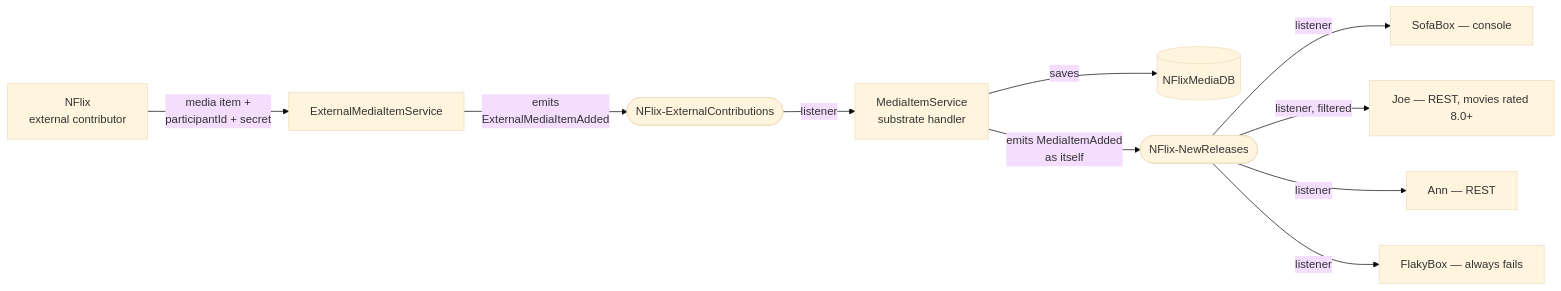
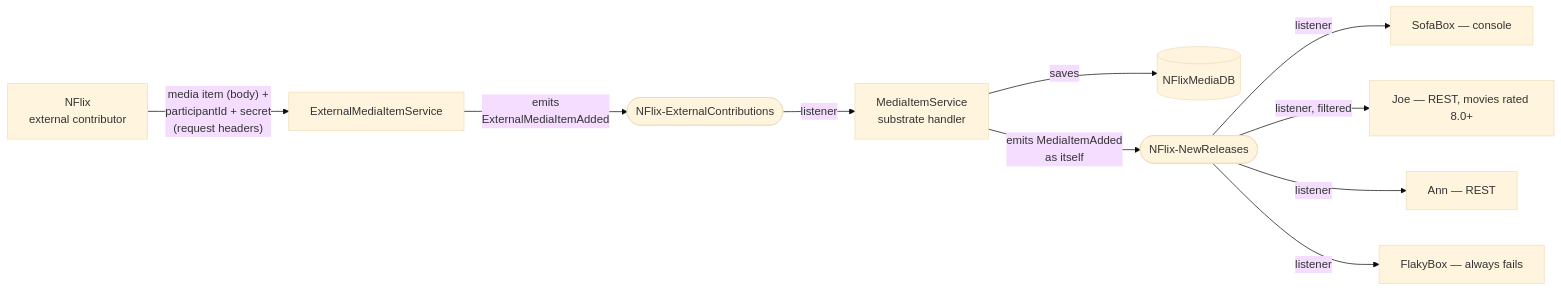
One commit to The-Standard-Organization/EventHighway changed the second of 4 diagrams in EventHighway.ClientV2.SubstrateApp/README.md. Above: the diagram before and after it, drawn with Mermaid (base theme). The commit also changed other lines of this file and 6 other files, not shown here.

Commit message:
CODE RUB: Source ExternalMediaItemService participant credentials from HTTP headers

````diff
--- a/EventHighway.ClientV2.SubstrateApp/README.md
+++ b/EventHighway.ClientV2.SubstrateApp/README.md
@@ -71,12 +71,12 @@
 ```mermaid
 flowchart LR
-    NFLIX["NFlix<br/>external contributor"] -->|"media item +<br/>participantId + secret"| EXT["ExternalMediaItemService"]
+    NFLIX["NFlix<br/>external contributor"] -->|"media item (body) +<br/>participantId + secret<br/>(request headers)"| EXT["ExternalMediaItemService"]
     EXT -->|"emits<br/>ExternalMediaItemAdded"| A1(["NFlix-ExternalContributions"])
     A1 -->|"listener"| MIS["MediaItemService<br/>substrate handler"]
     MIS -->|"saves"| CAT[("NFlixMediaDB")]
     MIS -->|"emits MediaItemAdded<br/>as itself"| A2(["NFlix-NewReleases"])
     A2 -->|"listener"| BB["SofaBox — console"]
     A2 -->|"listener, filtered"| JOE["Joe — REST, movies rated 8.0+"]
     A2 -->|"listener"| ANN["Ann — REST"]
     A2 -->|"listener"| FB["FlakyBox — always fails"]
 ```
````
